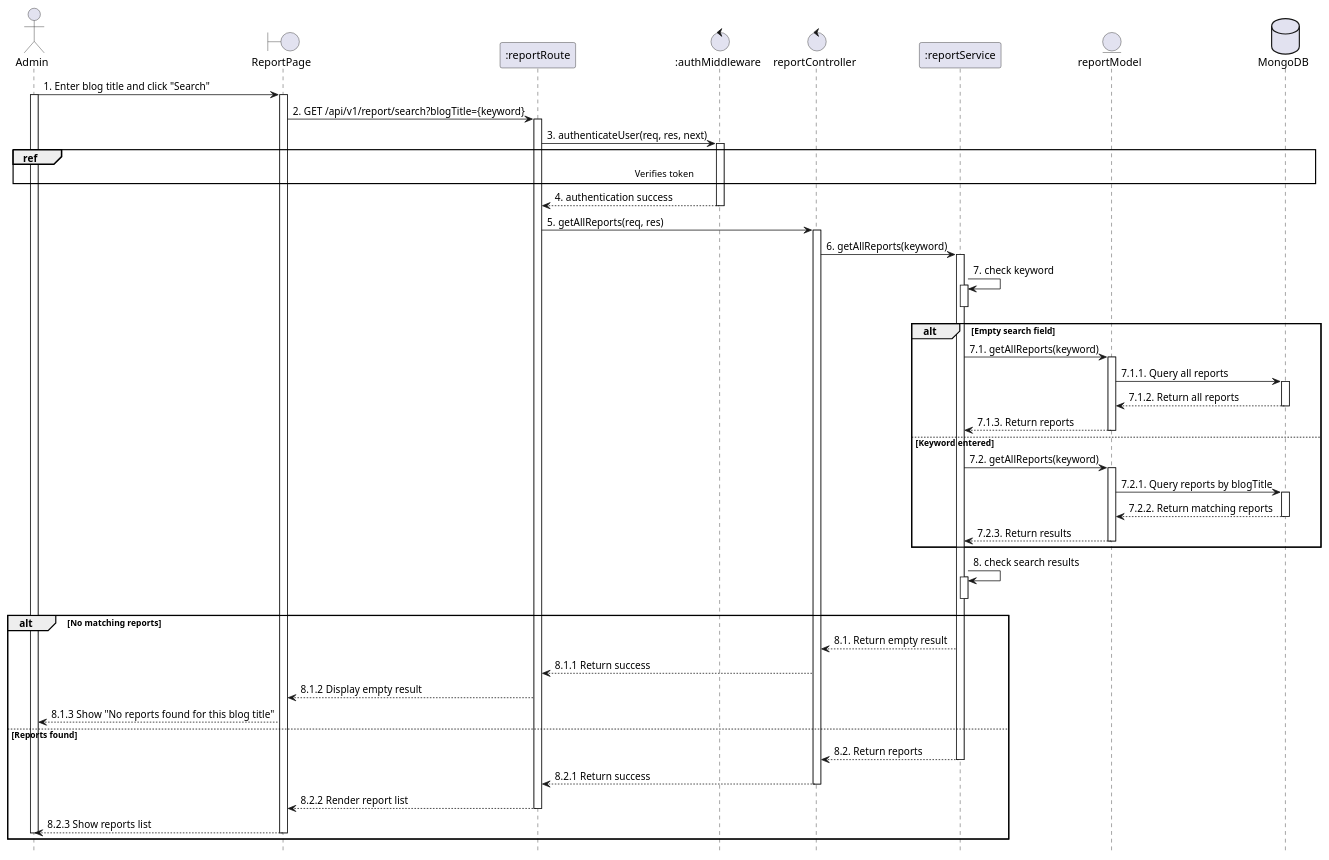
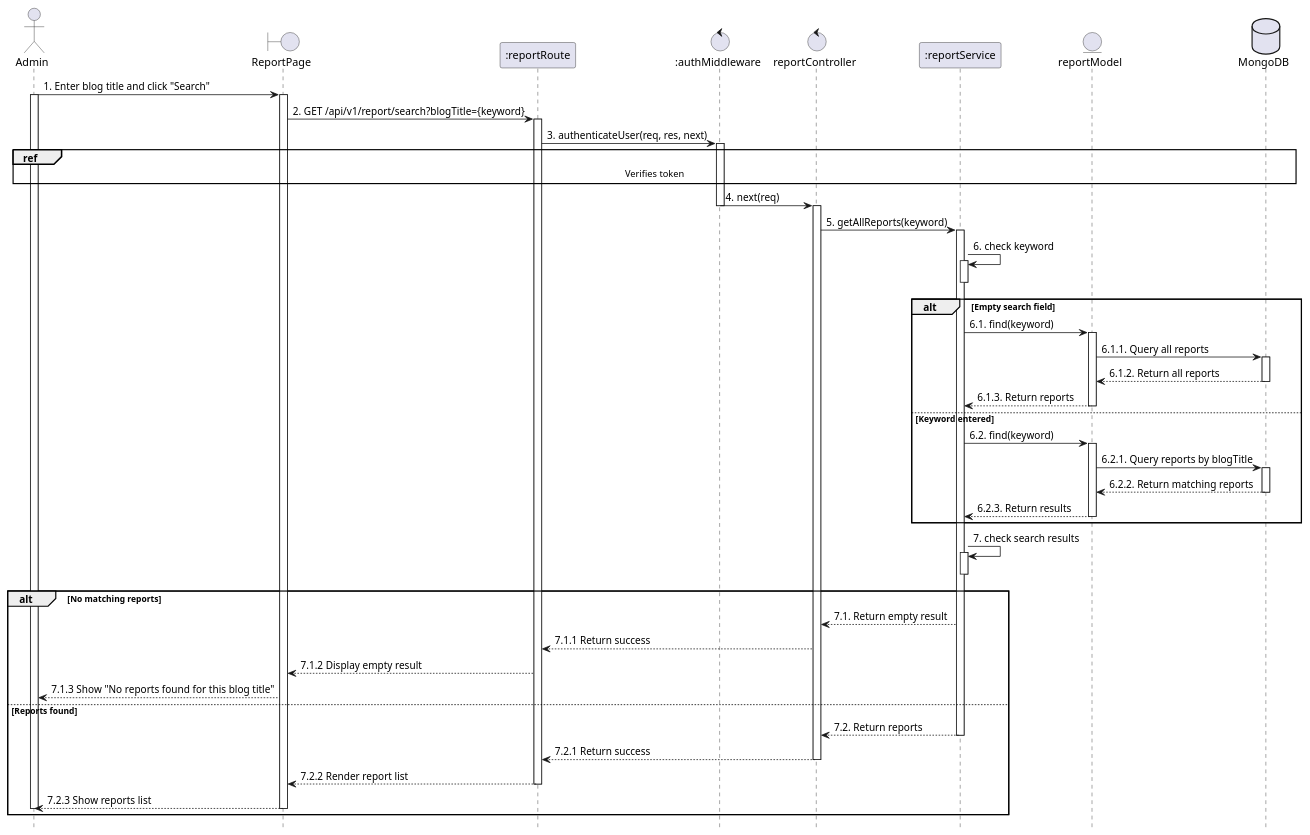
Before and after one commit to VietDurian/VietDurian: the diagram in planuml/web/19.5_searchReport.puml, drawn with PlantUML. The commit also changed 18 other files, not shown here.

```diff
--- a/planuml/web/19.5_searchReport.puml
+++ b/planuml/web/19.5_searchReport.puml
@@ -1,77 +1,75 @@
 @startuml SearchReportByDish
 
 actor Admin
 boundary "ReportPage" as View 
 participant ":reportRoute" as Route 
 control ":authMiddleware" as Auth 
 control "reportController" as Controller 
 participant ":reportService" as Service 
 entity "reportModel" as Model 
 database "MongoDB" as MongoDB
 hide footbox
 
 Admin -> View: 1. Enter blog title and click "Search"
 activate Admin
 activate View
 
 View -> Route: 2. GET /api/v1/report/search?blogTitle={keyword}
 activate Route
 
 Route -> Auth: 3. authenticateUser(req, res, next)
 activate Auth
 ref over Admin, MongoDB : Verifies token
 
-Auth --> Route: 4. authentication success
+Auth -> Controller: 4. next(req)
 deactivate Auth
-
-Route -> Controller: 5. getAllReports(req, res)
 activate Controller
 
-Controller -> Service: 6. getAllReports(keyword)
+Controller -> Service: 5. getAllReports(keyword)
 activate Service
 
-Service -> Service: 7. check keyword
+Service -> Service: 6. check keyword
 activate Service
 deactivate Service
 
 alt Empty search field
-    Service -> Model: 7.1. getAllReports(keyword)
+    Service -> Model: 6.1. find(keyword)
     activate Model
-    Model -> MongoDB: 7.1.1. Query all reports
+    Model -> MongoDB: 6.1.1. Query all reports
     activate MongoDB
-    MongoDB --> Model: 7.1.2. Return all reports
+    MongoDB --> Model: 6.1.2. Return all reports
     deactivate MongoDB
-    Model --> Service: 7.1.3. Return reports
+    Model --> Service: 6.1.3. Return reports
     deactivate Model
 else Keyword entered
-    Service -> Model: 7.2. getAllReports(keyword)
+    Service -> Model: 6.2. find(keyword)
     activate Model
-    Model -> MongoDB: 7.2.1. Query reports by blogTitle
+    Model -> MongoDB: 6.2.1. Query reports by blogTitle
     activate MongoDB
-    MongoDB --> Model: 7.2.2. Return matching reports
+    MongoDB --> Model: 6.2.2. Return matching reports
     deactivate MongoDB
-    Model --> Service: 7.2.3. Return results
+    Model --> Service: 6.2.3. Return results
     deactivate Model
 end
 
-Service -> Service: 8. check search results
+Service -> Service: 7. check search results
 activate Service
 deactivate Service
 
 alt No matching reports
-    Service --> Controller: 8.1. Return empty result
-    Controller --> Route: 8.1.1 Return success
-    Route --> View: 8.1.2 Display empty result 
-    View --> Admin: 8.1.3 Show "No reports found for this blog title"
+    Service --> Controller: 7.1. Return empty result
+    Controller --> Route: 7.1.1 Return success
+    Route --> View: 7.1.2 Display empty result 
+    View --> Admin: 7.1.3 Show "No reports found for this blog title"
 else Reports found
-    Service --> Controller: 8.2. Return reports
+    Service --> Controller: 7.2. Return reports
     deactivate Service
-    Controller --> Route: 8.2.1 Return success 
+    Controller --> Route: 7.2.1 Return success 
     deactivate Controller
-    Route --> View: 8.2.2 Render report list
+    Route --> View: 7.2.2 Render report list
     deactivate Route
-    View --> Admin: 8.2.3 Show reports list
+    View --> Admin: 7.2.3 Show reports list
     deactivate View
     deactivate Admin
 end
 @enduml
```
